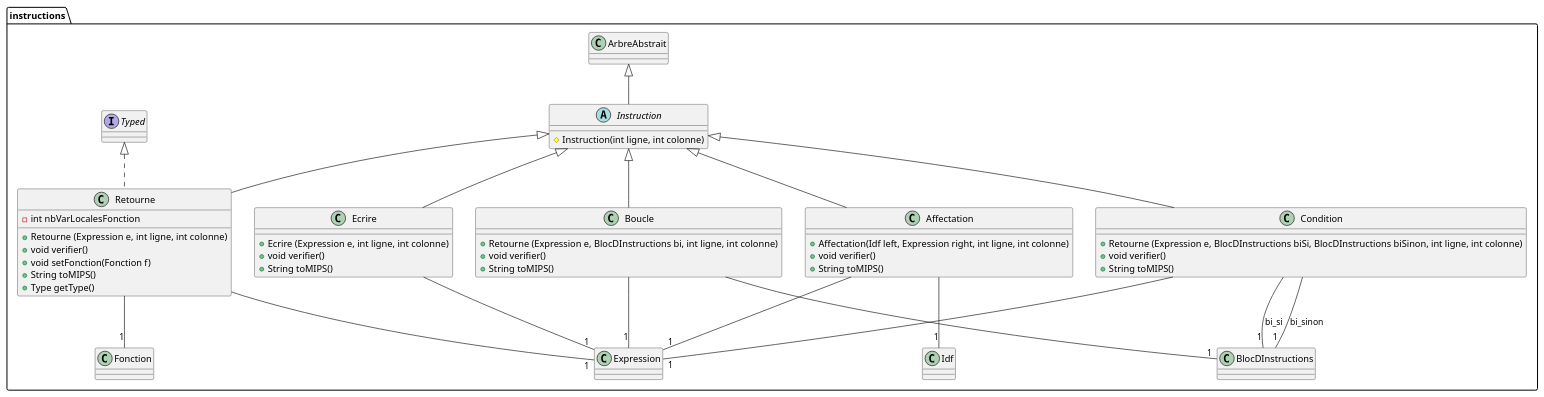
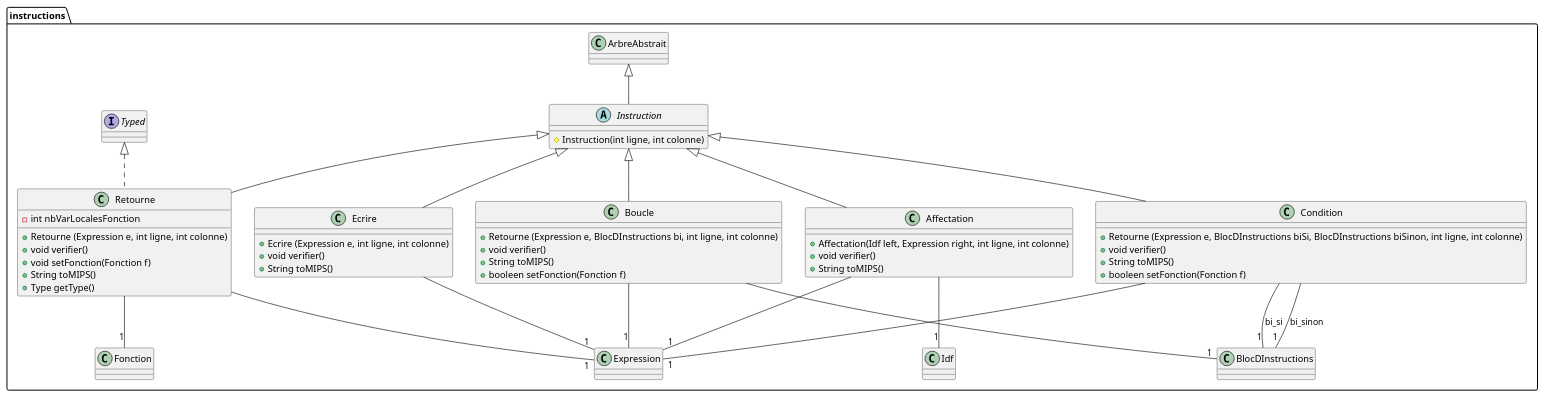
Before and after one commit to wehddn/L3-Compilation-Projet: the diagram in src/Diagrammes/arbre.instructions.puml, drawn with PlantUML. The commit also changed 9 other files, not shown here.

```diff
--- a/src/Diagrammes/arbre.instructions.puml
+++ b/src/Diagrammes/arbre.instructions.puml
@@ -1,54 +1,58 @@
 @startuml
 package instructions {
 
 	class Affectation extends Instruction {
 		+ Affectation(Idf left, Expression right, int ligne, int colonne)
 		+ void verifier()
 		+ String toMIPS()
 	}
 
 	Affectation --"1" Idf
 	Affectation --"1" Expression
 
 	class Ecrire extends Instruction{
 		+ Ecrire (Expression e, int ligne, int colonne)
 		+ void verifier()
 		+ String toMIPS()
 	}
 	Ecrire --"1" Expression
 
 	abstract class Instruction extends ArbreAbstrait{
 		# Instruction(int ligne, int colonne)
 	}
 
 	class Retourne extends Instruction implements Typed{
 		- int nbVarLocalesFonction
 		+ Retourne (Expression e, int ligne, int colonne)
 		+ void verifier()
 		+ void setFonction(Fonction f)
 		+ String toMIPS()
 		+ Type getType()
 	}
 	Retourne --"1" Expression
 	Retourne --"1" Fonction
 
+
+
 	class Condition extends Instruction{
 		+ Retourne (Expression e, BlocDInstructions biSi, BlocDInstructions biSinon, int ligne, int colonne)
 		+ void verifier()
 		+ String toMIPS()
+		+ booleen setFonction(Fonction f)
 	}
 	Condition --"1" Expression
 	Condition --"1" BlocDInstructions : bi_si
 	Condition --"1" BlocDInstructions : bi_sinon
 
 	class Boucle extends Instruction{
 		+ Retourne (Expression e, BlocDInstructions bi, int ligne, int colonne)
 		+ void verifier()
 		+ String toMIPS()
+		+ booleen setFonction(Fonction f)
 	}
 
 	Boucle --"1" Expression
 	Boucle --"1" BlocDInstructions
 
 }
 @enduml
```
